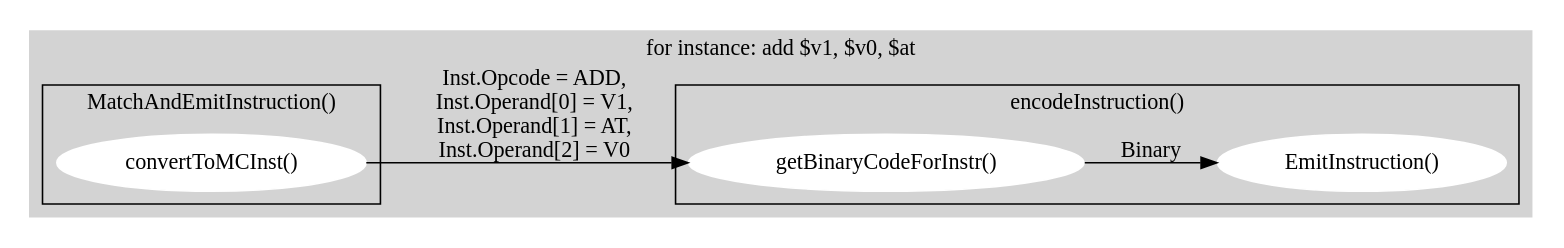
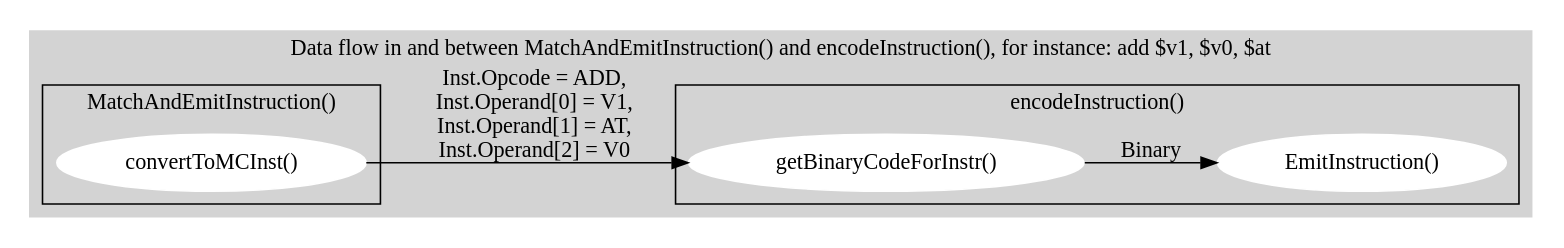
The diagram in Fig/asm/asmDfdEx3.gv (Jonathan2251/lbd), drawn with Graphviz before and after one commit. The commit also changed 4 other files, not shown here.

Commit message:
use graphviz in Sphinx

```diff
--- a/Fig/asm/asmDfdEx3.gv
+++ b/Fig/asm/asmDfdEx3.gv
@@ -1,22 +1,22 @@
 // Free usage license, author: Chung-Shu Chen 陳鍾樞
 // dot -Tpng asmDfdEx3.gv -oasmDfdEx3.png
 
 digraph G {
   rankdir=LR;
   subgraph cluster_2 {
     style=filled;
-    label = "for instance: add $v1, $v0, $at";
+    label = "Data flow in and between MatchAndEmitInstruction() and encodeInstruction(), for instance: add $v1, $v0, $at";
     subgraph clusterA {
       label = "MatchAndEmitInstruction()";
       node [style=filled,color=white]; convertToMCInst [label="convertToMCInst()"];
     }
     subgraph clusterB {
       label = "encodeInstruction()";
       node [style=filled,color=white]; getBinaryCodeForInstr [label="getBinaryCodeForInstr()"];
       node [style=filled,color=white]; EmitInstruction [label="EmitInstruction()"];
       getBinaryCodeForInstr -> EmitInstruction [ label = "Binary" ];
     }
     convertToMCInst -> getBinaryCodeForInstr [ label = "Inst.Opcode = ADD,\nInst.Operand[0] = V1,\nInst.Operand[1] = AT,\nInst.Operand[2] = V0" ];
     color=lightgrey
   }
 }
```
